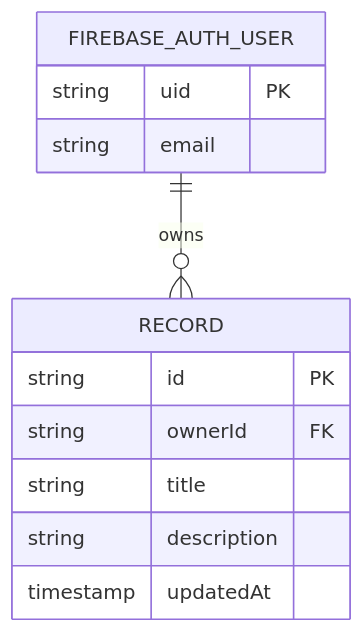
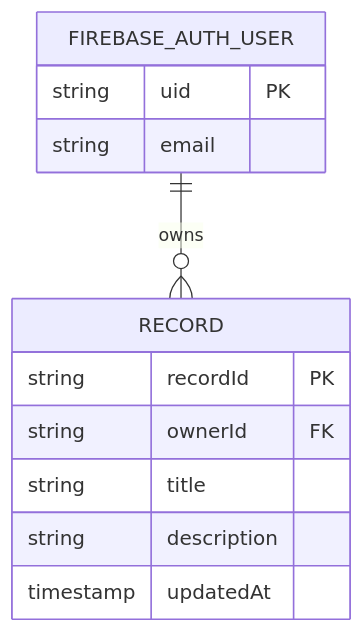
Before and after one commit to BYUSAA/-BLoC: the diagram in docs/ERD.md, drawn with Mermaid. The commit also changed other lines of this file and 76 other files, not shown here.

Commit message:
refactor: rebuild Flutter app architecture, security and tests

````diff
--- a/docs/ERD.md
+++ b/docs/ERD.md
@@ -5,15 +5,15 @@
-```mermaid
+~~~mermaid
 erDiagram
   FIREBASE_AUTH_USER ||--o{ RECORD : owns
   FIREBASE_AUTH_USER {
     string uid PK
     string email
   }
   RECORD {
-    string id PK
+    string recordId PK
     string ownerId FK
     string title
     string description
     timestamp updatedAt
   }
-```
+~~~
````
